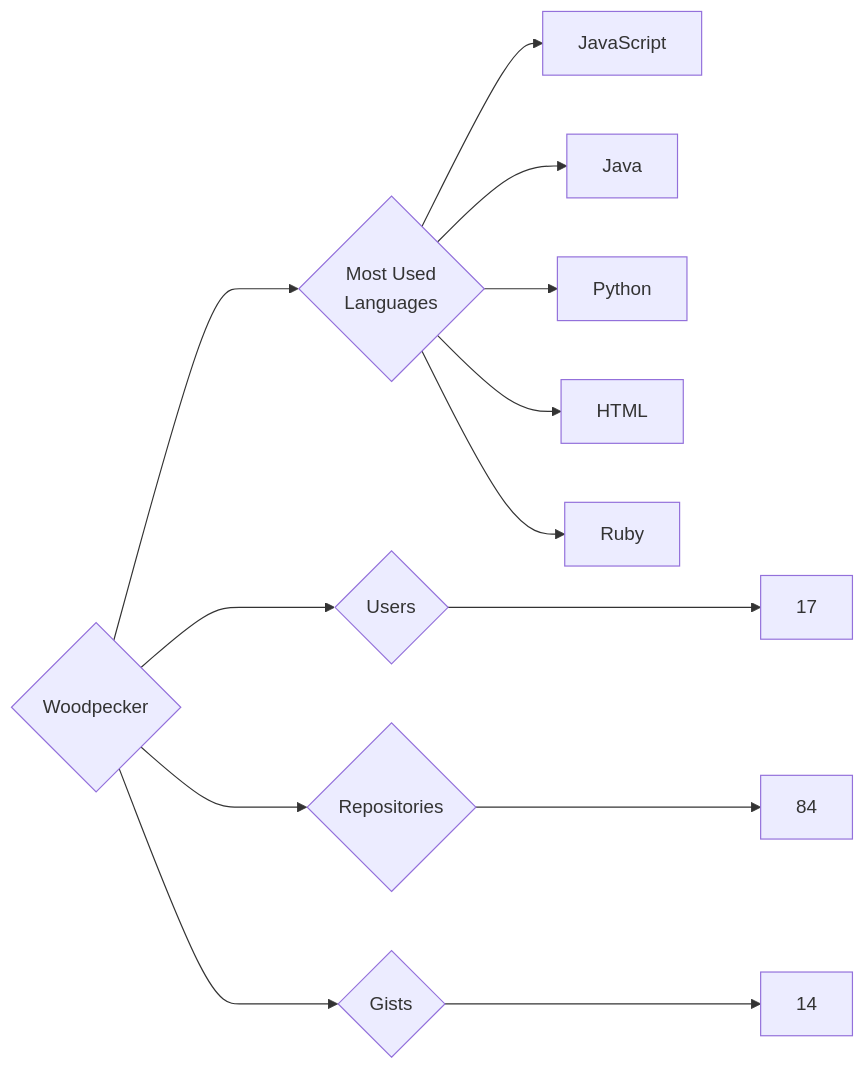
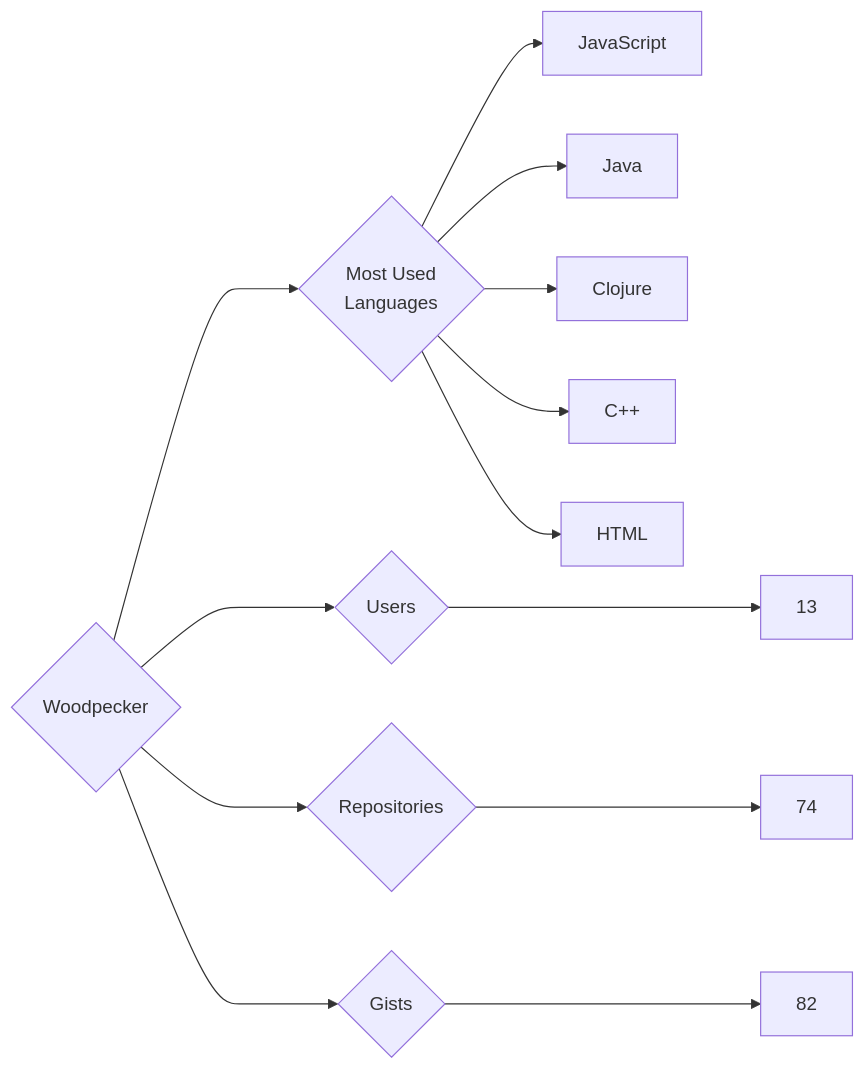
The diagram in targets/Woodpecker/README.md (trickest/insiders), drawn with Mermaid before and after one commit. The commit also changed 965 other files, not shown here.

````diff
--- a/targets/Woodpecker/README.md
+++ b/targets/Woodpecker/README.md
@@ -3,13 +3,13 @@
 ```mermaid
 graph LR
 COMPANY_NAME{Woodpecker}
-COMPANY_NAME ---> U{Users} ---> UN[17]
-COMPANY_NAME ---> R{Repositories} ---> RN[84]
-COMPANY_NAME ---> G{Gists} ---> GN[14]
+COMPANY_NAME ---> U{Users} ---> UN[13]
+COMPANY_NAME ---> R{Repositories} ---> RN[74]
+COMPANY_NAME ---> G{Gists} ---> GN[82]
 COMPANY_NAME ---> ML{Most Used<br>Languages}
 ML --> JavaScript[JavaScript]
 ML --> Java[Java]
-ML --> Python[Python]
+ML --> Clojure[Clojure]
+ML --> C++[C++]
 ML --> HTML[HTML]
-ML --> Ruby[Ruby]
 ```
````
